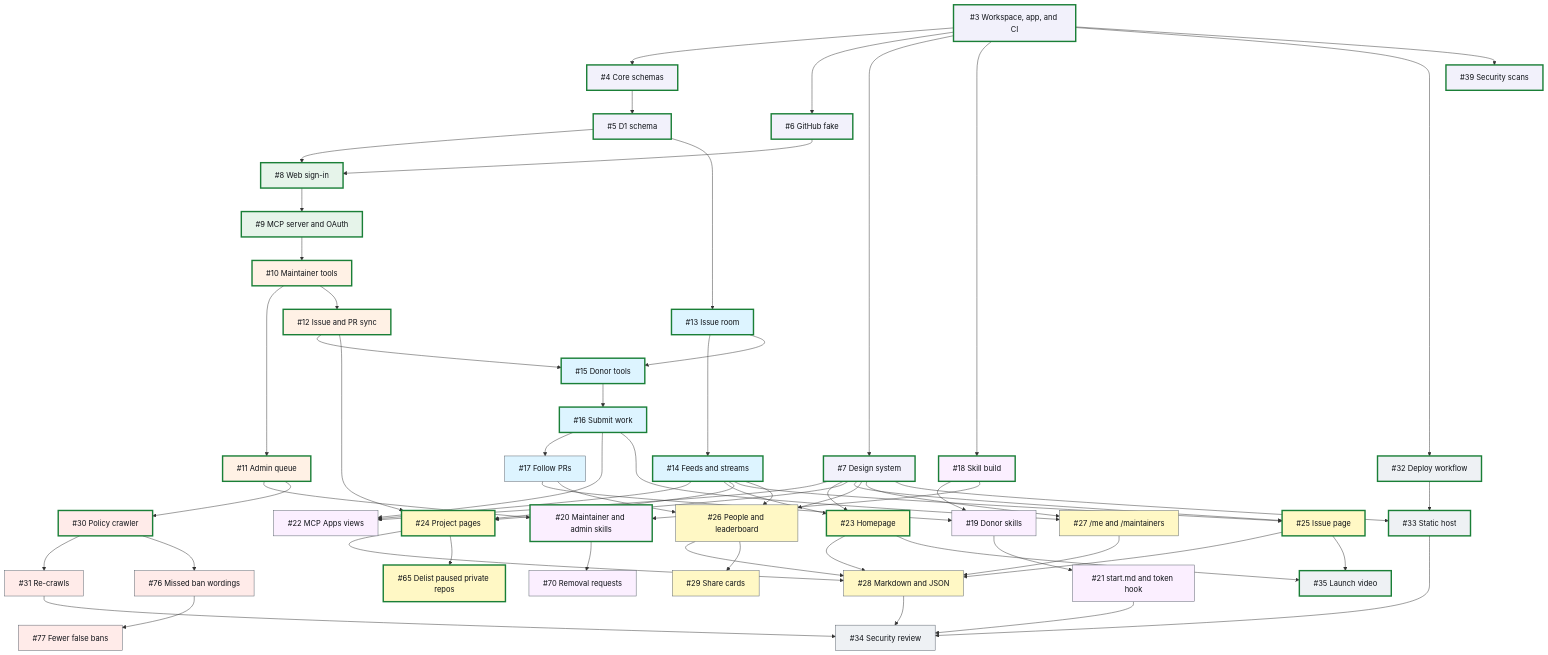
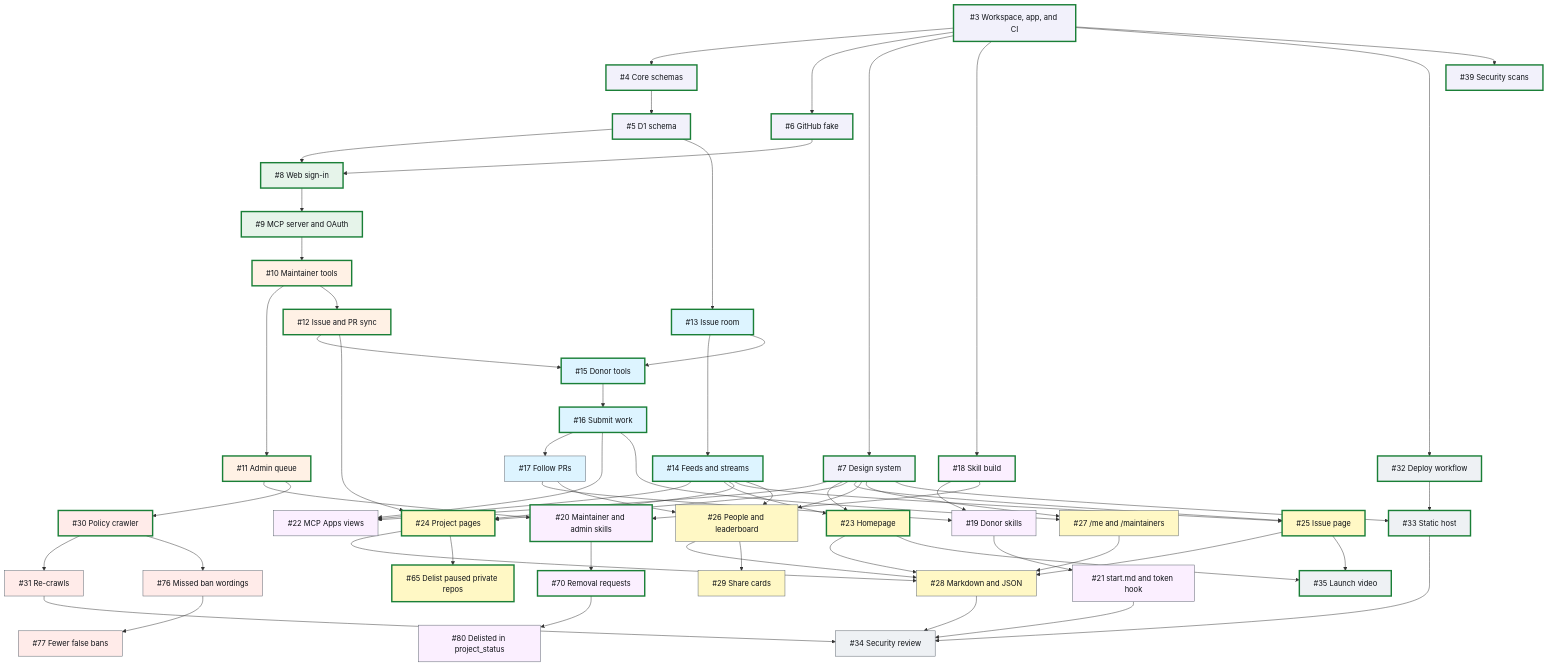
The diagram in ROADMAP.md (meanwhileso/goodfirsttoken), drawn with Mermaid before and after one commit. The commit also changed other lines of this file and 38 other files, not shown here.

````diff
--- a/ROADMAP.md
+++ b/ROADMAP.md
@@ -148,6 +149,7 @@
   n21["#21 start.md and token hook"]:::m5
   n22["#22 MCP Apps views"]:::m5
   n70["#70 Removal requests"]:::m5
+  n80["#80 Delisted in project_status"]:::m5
   n23["#23 Homepage"]:::m6
   n24["#24 Project pages"]:::m6
   n25["#25 Issue page"]:::m6
@@ -206,6 +208,7 @@
   n18 --> n20
   n19 --> n21
   n20 --> n70
+  n70 --> n80
   n21 --> n34
   n23 --> n28
   n23 --> n35
@@ -223,5 +226,5 @@
   n76 --> n77
   n32 --> n33
   n33 --> n34
-  class n3,n4,n18,n32,n39,n6,n7,n5,n8,n13,n33,n14,n9,n23,n25,n10,n35,n12,n11,n24,n15,n20,n65,n16,n30 done
+  class n3,n4,n18,n32,n39,n6,n7,n5,n8,n13,n33,n14,n9,n23,n25,n10,n35,n12,n11,n24,n15,n20,n65,n16,n30,n70 done
 ```
````
